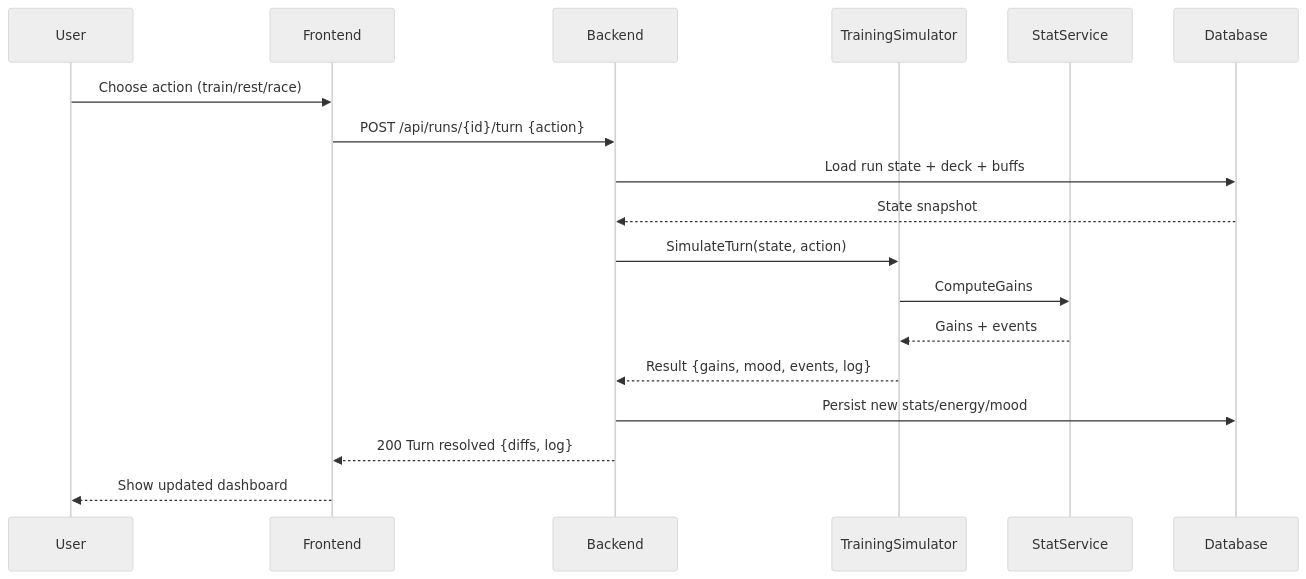
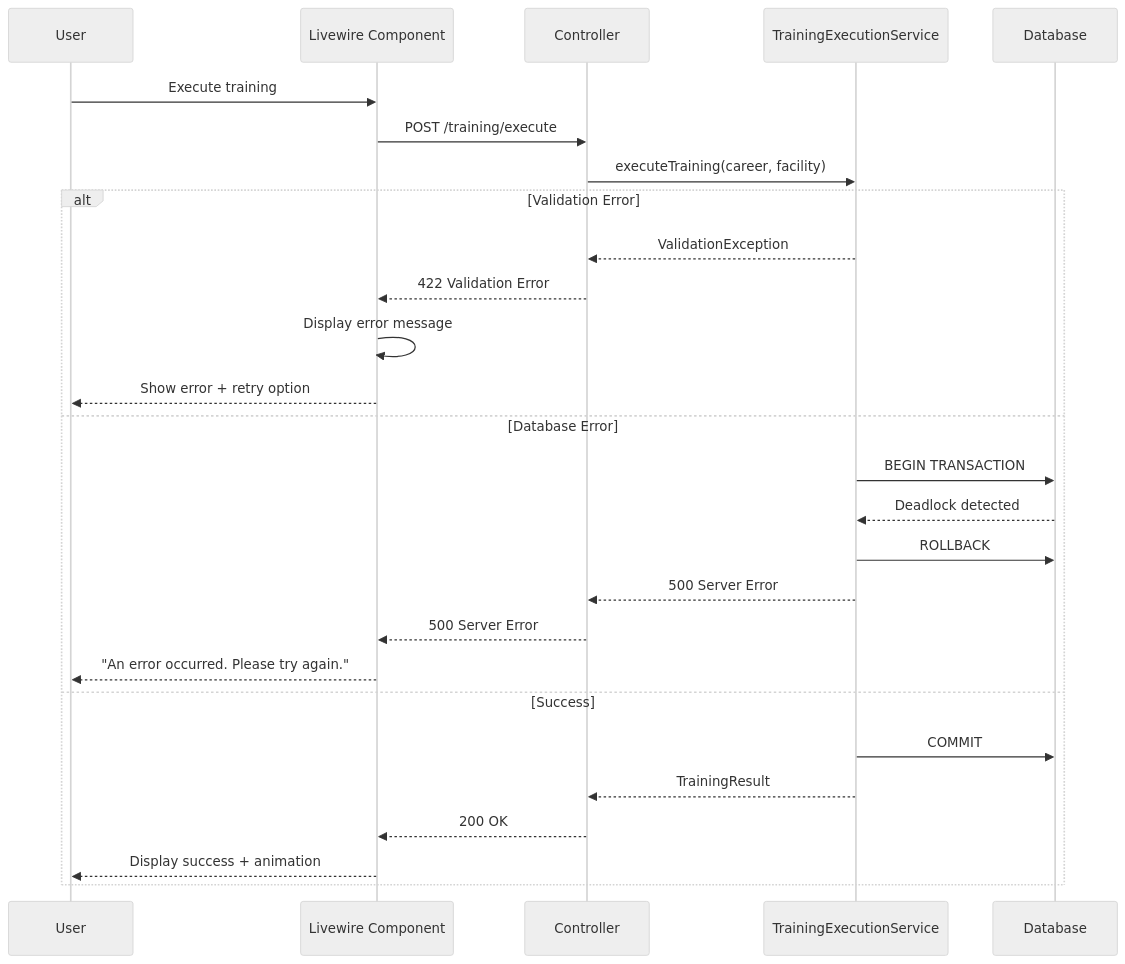
Before and after one commit to exatfrds67/umamusume-career-planner: the second of 2 diagrams in docs/01-sequences/SEQ-002_Training_Block_Resolution.md, drawn with Mermaid (neutral theme). The commit also changed other lines of this file and 67 other files, not shown here.

````diff
--- a/docs/01-sequences/SEQ-002_Training_Block_Resolution.md
+++ b/docs/01-sequences/SEQ-002_Training_Block_Resolution.md
@@ -31,23 +654,31 @@
 ```mermaid
 sequenceDiagram
-    participant U as User
-    participant UI as Frontend
-    participant API as Backend
-    participant SIM as TrainingSimulator
-    participant ST as StatService
+    participant User
+    participant UI as Livewire Component
+    participant Controller
+    participant Service as TrainingExecutionService
     participant DB as Database
 
-    U->>UI: Choose action (train/rest/race)
-    UI->>API: POST /api/runs/{id}/turn {action}
-    API->>DB: Load run state + deck + buffs
-    DB-->>API: State snapshot
-
-    API->>SIM: SimulateTurn(state, action)
-    SIM->>ST: ComputeGains
-    ST-->>SIM: Gains + events
-    SIM-->>API: Result {gains, mood, events, log}
-
-    API->>DB: Persist new stats/energy/mood
-    API-->>UI: 200 Turn resolved {diffs, log}
-    UI-->>U: Show updated dashboard
+    User->>UI: Execute training
+    UI->>Controller: POST /training/execute
+    Controller->>Service: executeTraining(career, facility)
+    
+    alt Validation Error
+        Service-->>Controller: ValidationException
+        Controller-->>UI: 422 Validation Error
+        UI->>UI: Display error message
+        UI-->>User: Show error + retry option
+    else Database Error
+        Service->>DB: BEGIN TRANSACTION
+        DB-->>Service: Deadlock detected
+        Service->>DB: ROLLBACK
+        Service-->>Controller: 500 Server Error
+        Controller-->>UI: 500 Server Error
+        UI-->>User: "An error occurred. Please try again."
+    else Success
+        Service->>DB: COMMIT
+        Service-->>Controller: TrainingResult
+        Controller-->>UI: 200 OK
+        UI-->>User: Display success + animation
+    end
 ```
````
